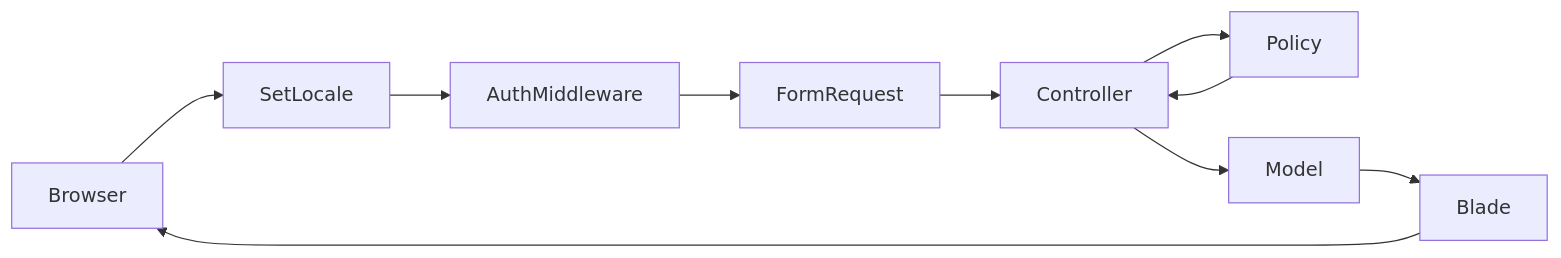
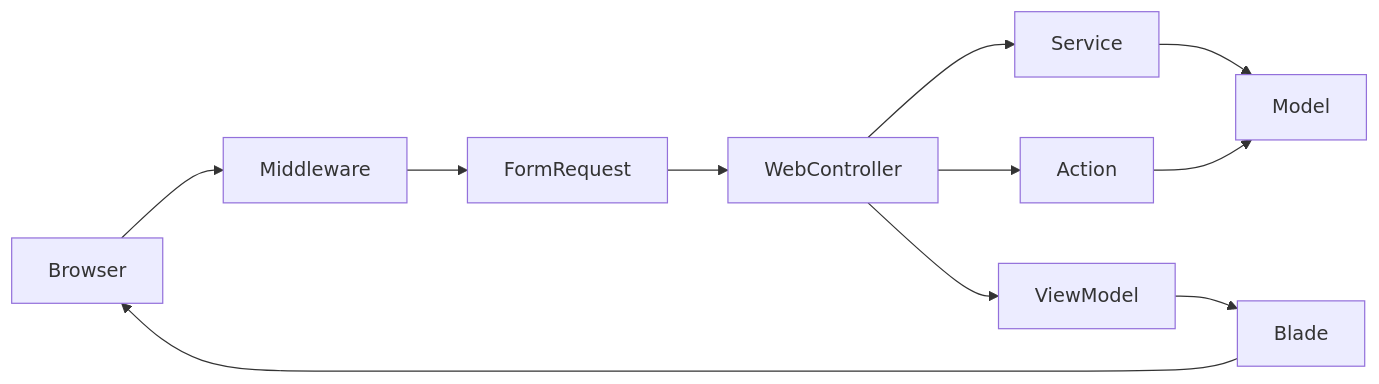
One commit to ditrix/crm changed the diagram in ARCHITECTURE.md. Above: the diagram before and after it, drawn with Mermaid. The commit also changed other lines of this file and 2 other files, not shown here.

````diff
--- a/ARCHITECTURE.md
+++ b/ARCHITECTURE.md
@@ -58,12 +62,13 @@
 ```mermaid
 flowchart LR
-    Browser --> SetLocale
-    SetLocale --> AuthMiddleware
-    AuthMiddleware --> FormRequest
-    FormRequest --> Controller
-    Controller --> Policy
-    Policy --> Controller
-    Controller --> Model
-    Model --> Blade
+    Browser --> Middleware
+    Middleware --> FormRequest
+    FormRequest --> WebController
+    WebController --> Service
+    WebController --> Action
+    Service --> Model
+    Action --> Model
+    WebController --> ViewModel
+    ViewModel --> Blade
     Blade --> Browser
 ```
````
